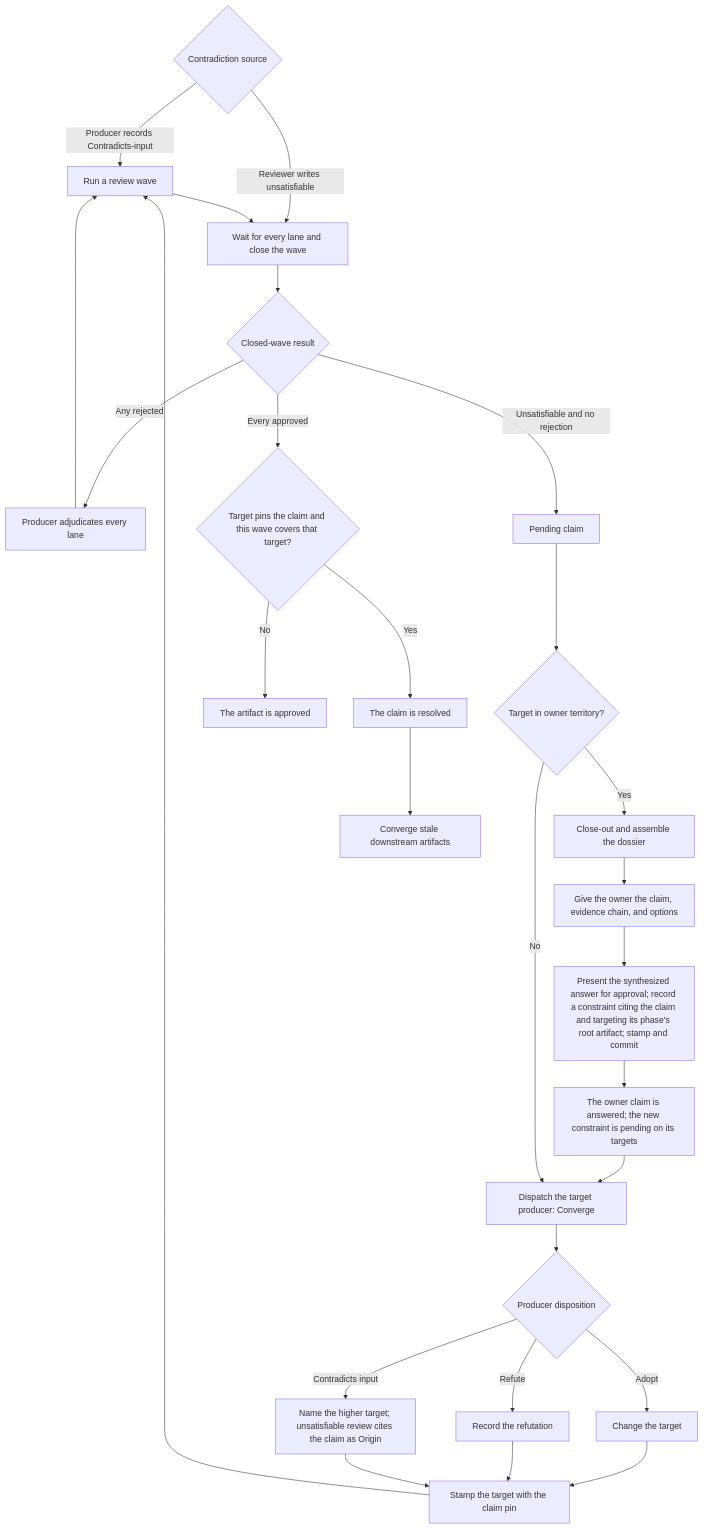
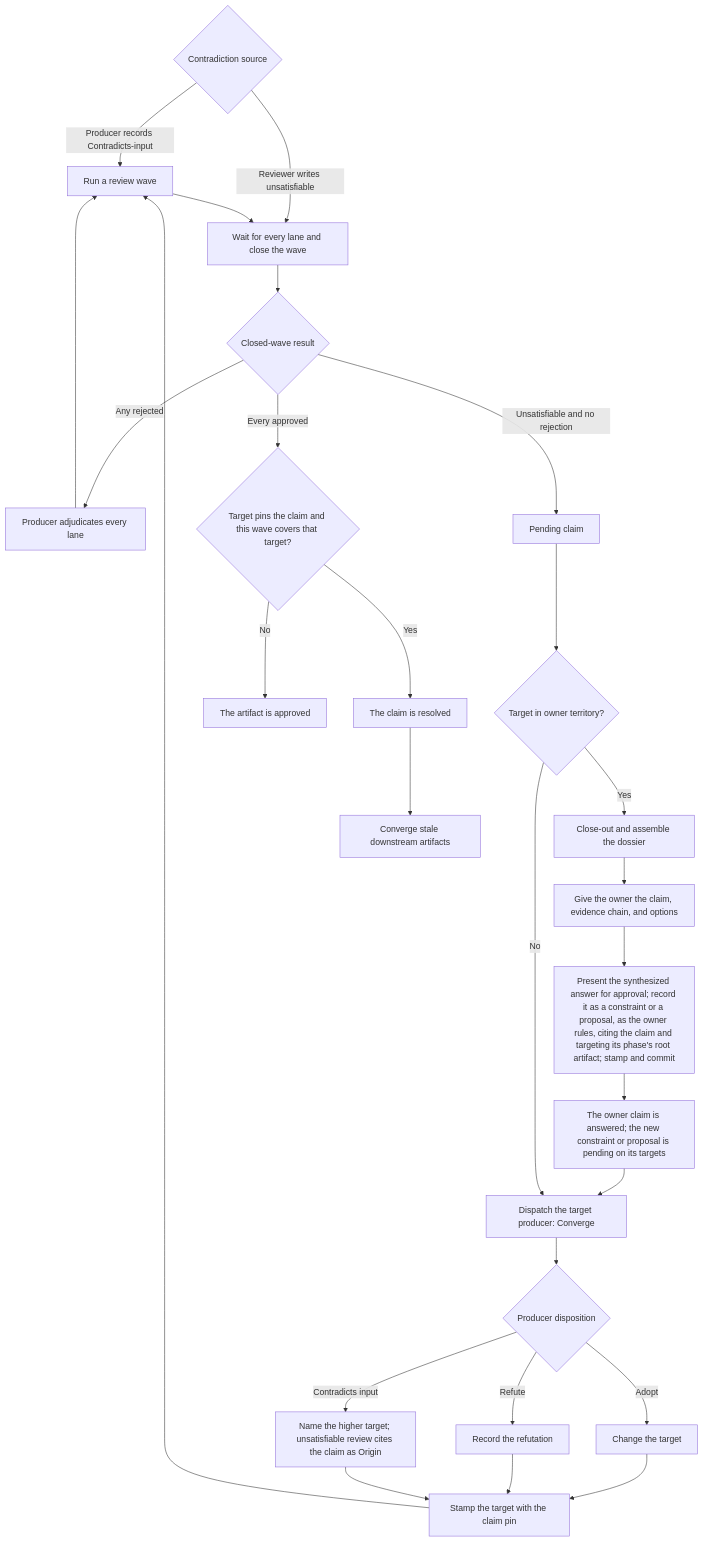
One commit to Automattic/radical-pipelines changed the diagram in docs/flowcharts/escalation.md. Above: the diagram before and after it, drawn with Mermaid. The commit also changed 15 other files, not shown here.

Commit message:
Let an owner answer be a constraint or a proposal, asked at recording and kept at the owner's scope

````diff
--- a/docs/flowcharts/escalation.md
+++ b/docs/flowcharts/escalation.md
@@ -5,29 +5,29 @@
 ```mermaid
 flowchart TD
     START{"Contradiction source"} -->|Producer records Contradicts-input| A["Run a review wave"]
     START -->|Reviewer writes unsatisfiable| C
     A --> C["Wait for every lane and close the wave"]
     C --> D{"Closed-wave result"}
     D -->|Any rejected| E["Producer adjudicates every lane"]
     E --> A
     D -->|Every approved| F{"Target pins the claim and this wave covers that target?"}
     F -->|Yes| RESOLVED["The claim is resolved"]
     F -->|No| APPROVED["The artifact is approved"]
     D -->|Unsatisfiable and no rejection| G["Pending claim"]
     G --> H{"Target in owner territory?"}
     H -->|Yes| I["Close-out and assemble the dossier"]
     I --> J["Give the owner the claim, evidence chain, and options"]
-    J --> K["Present the synthesized answer for approval; record a constraint citing the claim and targeting its phase's root artifact; stamp and commit"]
-    K --> ANSWERED["The owner claim is answered; the new constraint is pending on its targets"]
+    J --> K["Present the synthesized answer for approval; record it as a constraint or a proposal, as the owner rules, citing the claim and targeting its phase's root artifact; stamp and commit"]
+    K --> ANSWERED["The owner claim is answered; the new constraint or proposal is pending on its targets"]
     ANSWERED --> N
     H -->|No| N["Dispatch the target producer: Converge"]
     N --> O{"Producer disposition"}
     O -->|Adopt| P["Change the target"]
     O -->|Refute| Q["Record the refutation"]
     O -->|Contradicts input| R["Name the higher target; unsatisfiable review cites the claim as Origin"]
     P --> S["Stamp the target with the claim pin"]
     Q --> S
     R --> S
     S --> A
     RESOLVED --> CASCADE["Converge stale downstream artifacts"]
 ```
````
